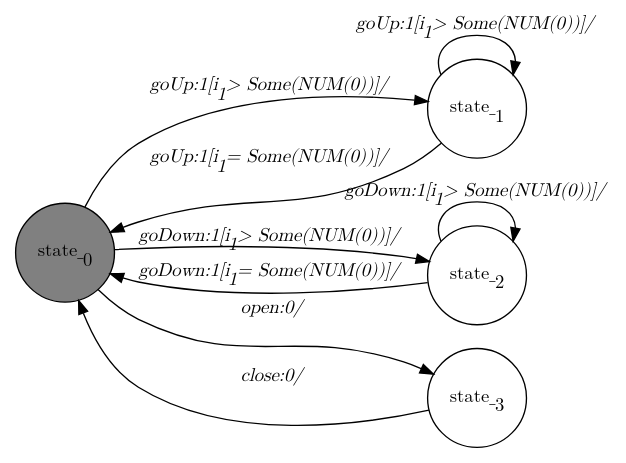
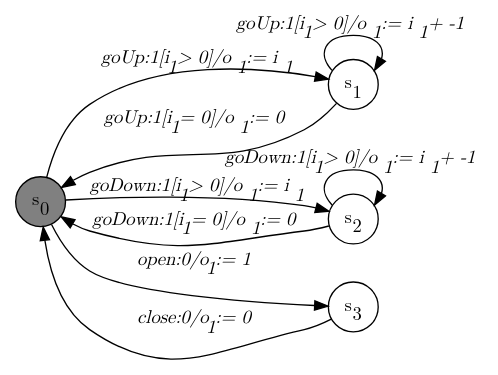
One commit to jmafoster1/efsm-sal changed the diagram in dotfiles/Lift.dot. Above: the diagram before and after it, drawn with Graphviz. The commit also changed 21 other files, not shown here.

```diff
--- a/dotfiles/Lift.dot
+++ b/dotfiles/Lift.dot
@@ -1,19 +1,19 @@
 digraph Lift{
    graph [rankdir="LR", fontname="Latin Modern Math"];
    node [color="black", fillcolor="white", shape="circle", style="filled", fontname="Latin Modern Math"];
    edge [fontname="Latin Modern Math"];
 
-   State_0[fillcolor="gray", label=<state_<sub>0</sub>>];
-   State_1[label=<state_<sub>1</sub>>];
-   State_2[label=<state_<sub>2</sub>>];
-   State_3[label=<state_<sub>3</sub>>];
+   s0[fillcolor="gray", label=<s<sub>0</sub>>];
+   s1[label=<s<sub>1</sub>>];
+   s2[label=<s<sub>2</sub>>];
+   s3[label=<s<sub>3</sub>>];
 
-   State_0->State_1[label=<<i>goUp:1&#91;i<sub>1</sub> &gt; Some(NUM(0))&#93;/</i>>];
-   State_1->State_1[label=<<i>goUp:1&#91;i<sub>1</sub> &gt; Some(NUM(0))&#93;/</i>>];
-   State_1->State_0[label=<<i>goUp:1&#91;i<sub>1</sub> = Some(NUM(0))&#93;/</i>>];
-   State_0->State_2[label=<<i>goDown:1&#91;i<sub>1</sub> &gt; Some(NUM(0))&#93;/</i>>];
-   State_2->State_2[label=<<i>goDown:1&#91;i<sub>1</sub> &gt; Some(NUM(0))&#93;/</i>>];
-   State_2->State_0[label=<<i>goDown:1&#91;i<sub>1</sub> = Some(NUM(0))&#93;/</i>>];
-   State_0->State_3[label=<<i>open:0/</i>>];
-   State_3->State_0[label=<<i>close:0/</i>>];
+   s0->s1[label=<<i>goUp:1&#91;i<sub>1</sub> &gt; 0&#93;/o<sub>1</sub> := i<sub>1</sub></i>>];
+   s1->s1[label=<<i>goUp:1&#91;i<sub>1</sub> &gt; 0&#93;/o<sub>1</sub> := i<sub>1</sub> + -1</i>>];
+   s1->s0[label=<<i>goUp:1&#91;i<sub>1</sub> = 0&#93;/o<sub>1</sub> := 0</i>>];
+   s0->s2[label=<<i>goDown:1&#91;i<sub>1</sub> &gt; 0&#93;/o<sub>1</sub> := i<sub>1</sub></i>>];
+   s2->s2[label=<<i>goDown:1&#91;i<sub>1</sub> &gt; 0&#93;/o<sub>1</sub> := i<sub>1</sub> + -1</i>>];
+   s2->s0[label=<<i>goDown:1&#91;i<sub>1</sub> = 0&#93;/o<sub>1</sub> := 0</i>>];
+   s0->s3[label=<<i>open:0/o<sub>1</sub> := 1</i>>];
+   s3->s0[label=<<i>close:0/o<sub>1</sub> := 0</i>>];
 }
```
